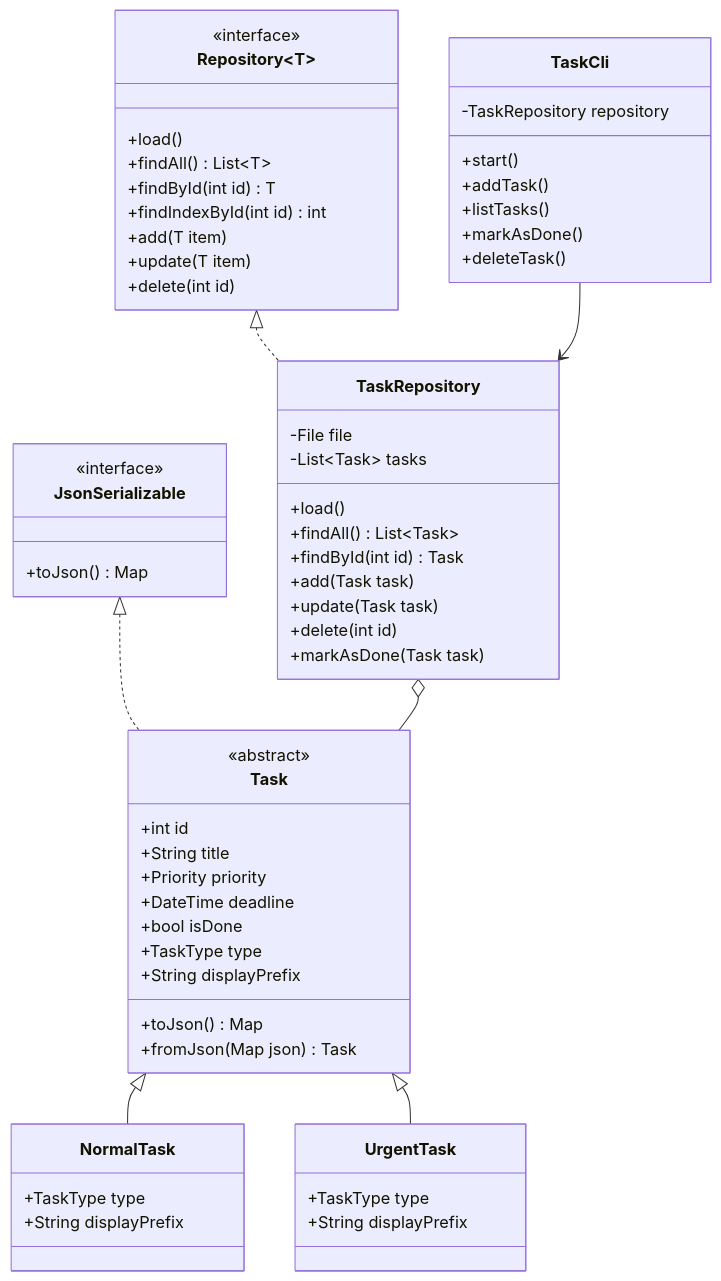
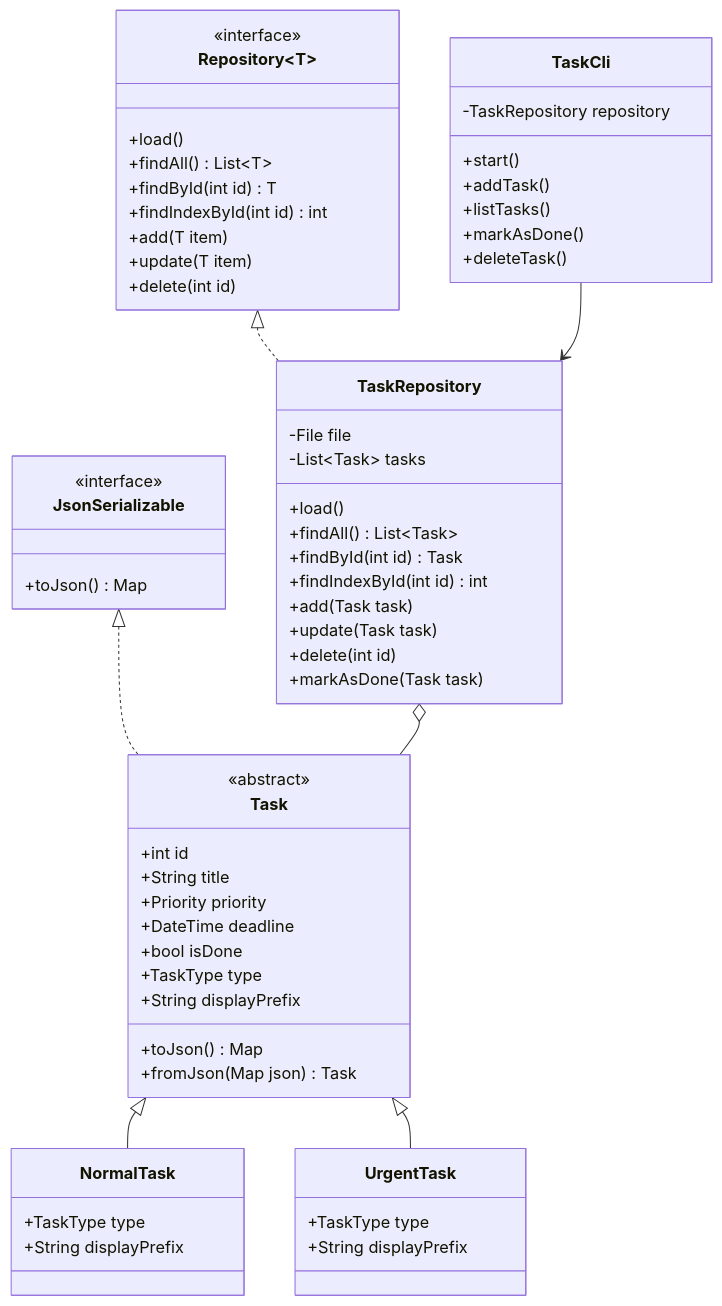
One commit to bidyhandrianarison/task-cli-manager changed the second of 3 diagrams in README.md. Above: the diagram before and after it, drawn with Mermaid. The commit also changed other lines of this file, not shown here.

````diff
--- a/README.md
+++ b/README.md
@@ -463,69 +458,70 @@
 ```mermaid
 classDiagram
     class JsonSerializable {
         <<interface>>
         +toJson() Map
     }
 
     class Task {
         <<abstract>>
         +int id
         +String title
         +Priority priority
         +DateTime deadline
         +bool isDone
         +TaskType type
         +String displayPrefix
         +toJson() Map
         +fromJson(Map json) Task
     }
 
     class NormalTask {
         +TaskType type
         +String displayPrefix
     }
 
     class UrgentTask {
         +TaskType type
         +String displayPrefix
     }
 
     class Repository~T~ {
         <<interface>>
         +load()
         +findAll() List~T~
         +findById(int id) T
         +findIndexById(int id) int
         +add(T item)
         +update(T item)
         +delete(int id)
     }
 
     class TaskRepository {
         -File file
         -List~Task~ tasks
         +load()
         +findAll() List~Task~
         +findById(int id) Task
+        +findIndexById(int id) int
         +add(Task task)
         +update(Task task)
         +delete(int id)
         +markAsDone(Task task)
     }
 
     class TaskCli {
         -TaskRepository repository
         +start()
         +addTask()
         +listTasks()
         +markAsDone()
         +deleteTask()
     }
 
     JsonSerializable <|.. Task
     Task <|-- NormalTask
     Task <|-- UrgentTask
     Repository~T~ <|.. TaskRepository
     TaskRepository o-- Task
     TaskCli --> TaskRepository
 ```
````
